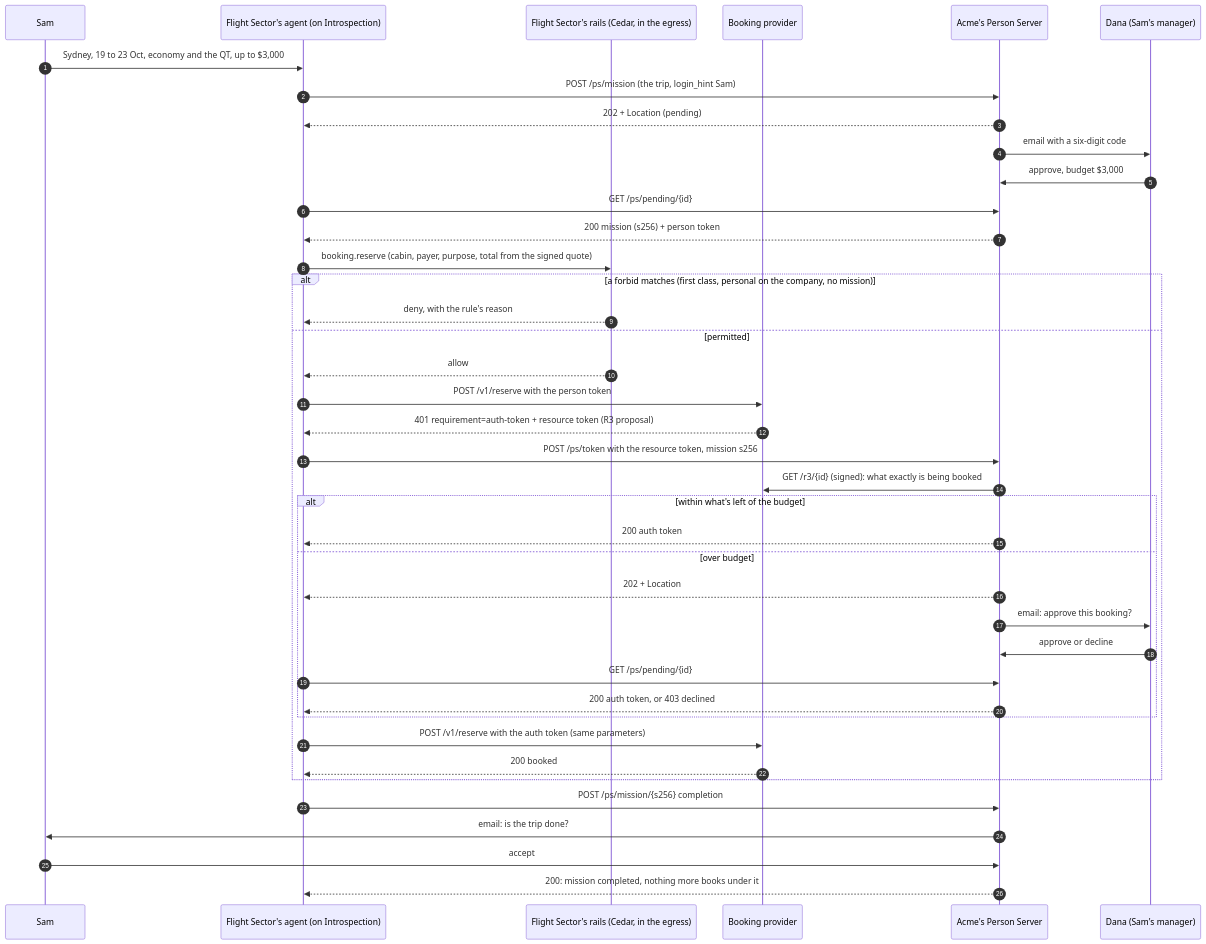
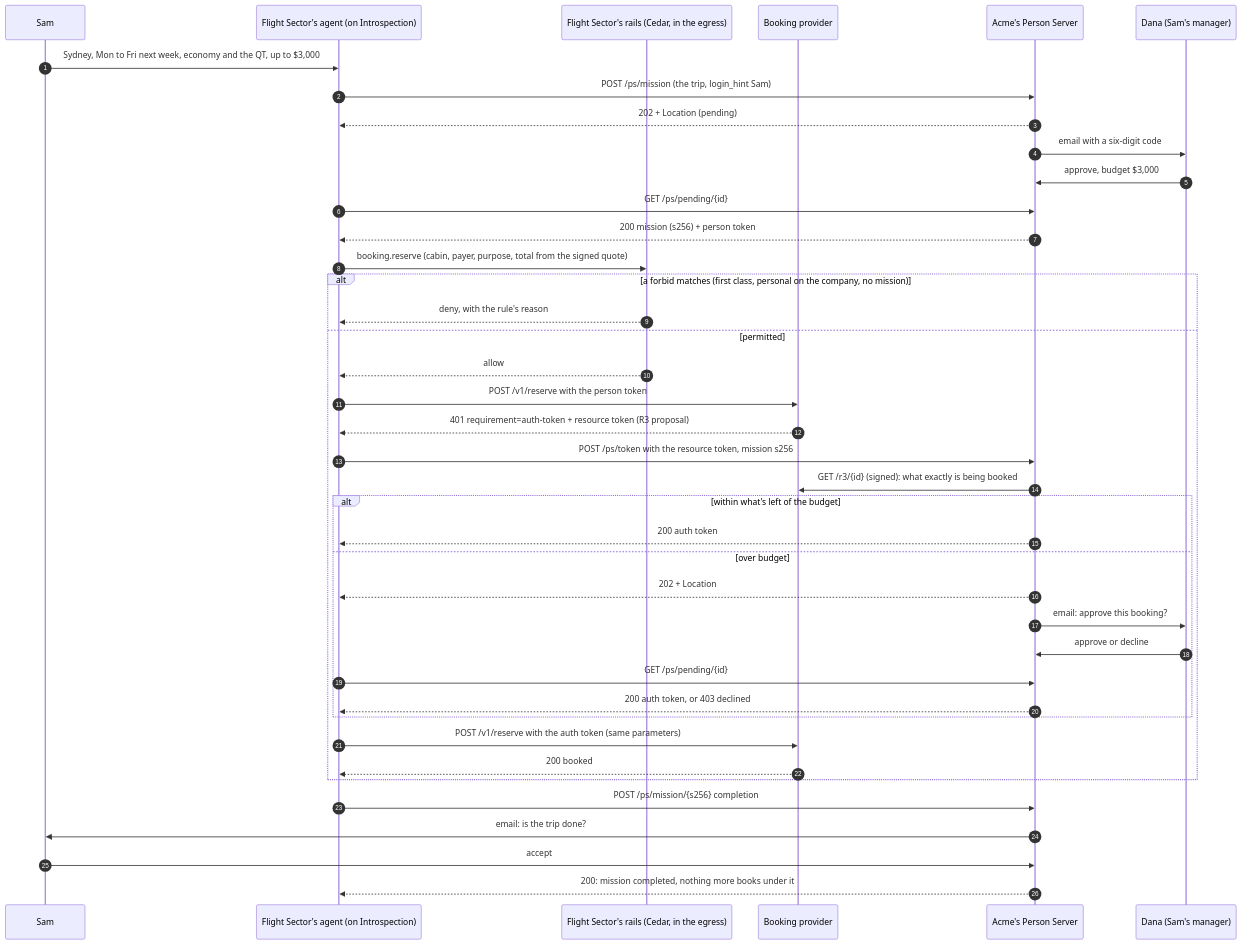
The diagram in examples/aauth-travel/HOW-IT-WORKS.md (introspection-org/introspection-js-sdk), drawn with Mermaid before and after one commit. The commit also changed other lines of this file and 2 other files, not shown here.

Commit message:
feat(aauth-travel): date the demo's trips next week, Monday to Friday

````diff
--- a/examples/aauth-travel/HOW-IT-WORKS.md
+++ b/examples/aauth-travel/HOW-IT-WORKS.md
@@ -43,45 +43,45 @@
 ```mermaid
 sequenceDiagram
     autonumber
     participant Sam
     participant Agent as Flight Sector's agent (on Introspection)
     participant Rails as Flight Sector's rails (Cedar, in the egress)
     participant Booking as Booking provider
     participant Acme as Acme's Person Server
     participant Dana as Dana (Sam's manager)
 
-    Sam->>Agent: Sydney, 19 to 23 Oct, economy and the QT, up to $3,000
+    Sam->>Agent: Sydney, Mon to Fri next week, economy and the QT, up to $3,000
     Agent->>Acme: POST /ps/mission (the trip, login_hint Sam)
     Acme-->>Agent: 202 + Location (pending)
     Acme->>Dana: email with a six-digit code
     Dana->>Acme: approve, budget $3,000
     Agent->>Acme: GET /ps/pending/{id}
     Acme-->>Agent: 200 mission (s256) + person token
 
     Agent->>Rails: booking.reserve (cabin, payer, purpose, total from the signed quote)
     alt a forbid matches (first class, personal on the company, no mission)
         Rails-->>Agent: deny, with the rule's reason
     else permitted
         Rails-->>Agent: allow
         Agent->>Booking: POST /v1/reserve with the person token
         Booking-->>Agent: 401 requirement=auth-token + resource token (R3 proposal)
         Agent->>Acme: POST /ps/token with the resource token, mission s256
         Acme->>Booking: GET /r3/{id} (signed): what exactly is being booked
         alt within what's left of the budget
             Acme-->>Agent: 200 auth token
         else over budget
             Acme-->>Agent: 202 + Location
             Acme->>Dana: email: approve this booking?
             Dana->>Acme: approve or decline
             Agent->>Acme: GET /ps/pending/{id}
             Acme-->>Agent: 200 auth token, or 403 declined
         end
         Agent->>Booking: POST /v1/reserve with the auth token (same parameters)
         Booking-->>Agent: 200 booked
     end
 
     Agent->>Acme: POST /ps/mission/{s256} completion
     Acme->>Sam: email: is the trip done?
     Sam->>Acme: accept
     Acme-->>Agent: 200: mission completed, nothing more books under it
 ```
````
